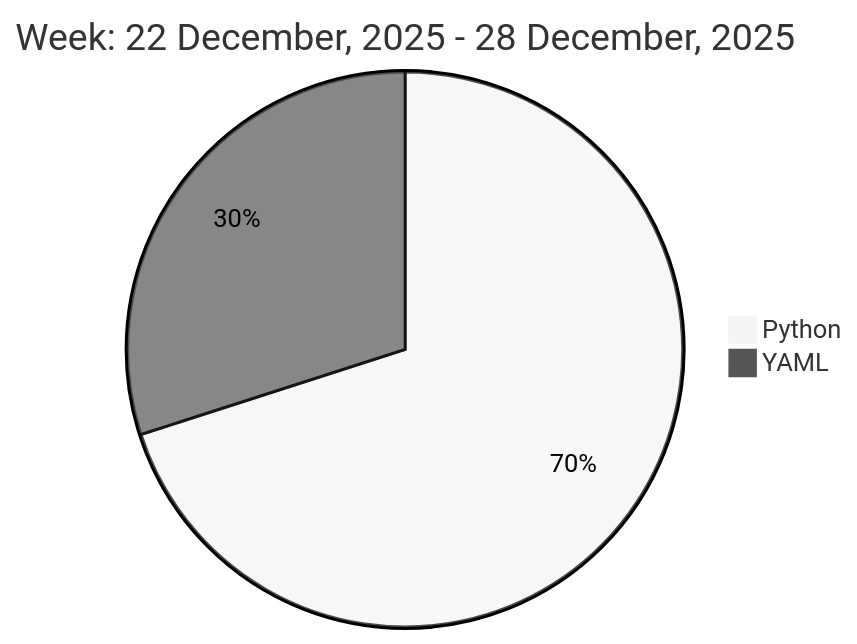
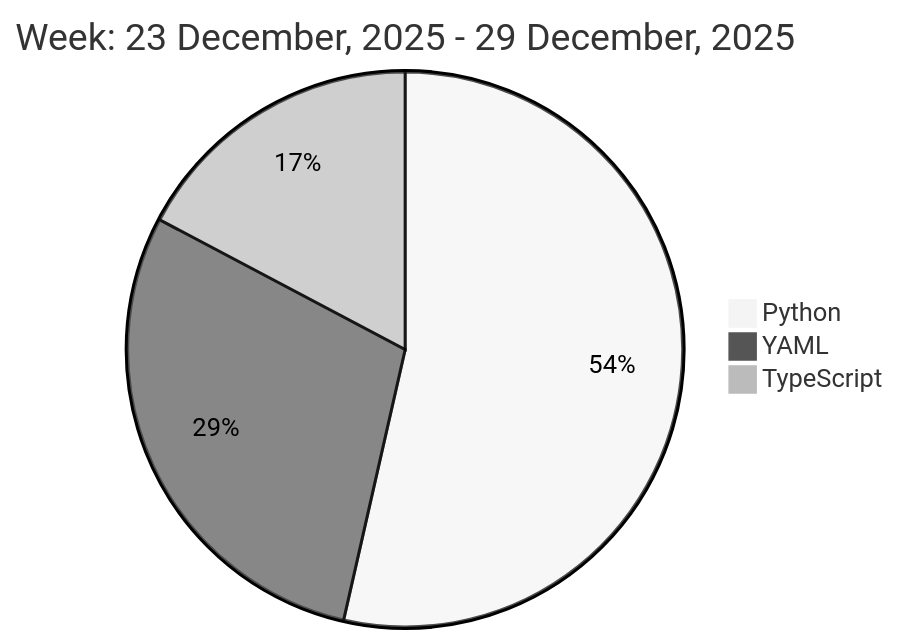
One commit to liubin95/liubin95 changed the diagram in README.md. Above: the diagram before and after it, drawn with Mermaid (neutral theme).

Commit message:
Updated the Graph with new Metrics

````diff
--- a/README.md
+++ b/README.md
@@ -37,6 +37,7 @@
 ```mermaid
  pie
-title Week: 22 December, 2025 - 28 December, 2025
- "Python" : 9.12
- "YAML" : 3.9
+title Week: 23 December, 2025 - 29 December, 2025
+ "Python" : 6.92
+ "YAML" : 3.77
+ "TypeScript" : 2.23
 ```
````
